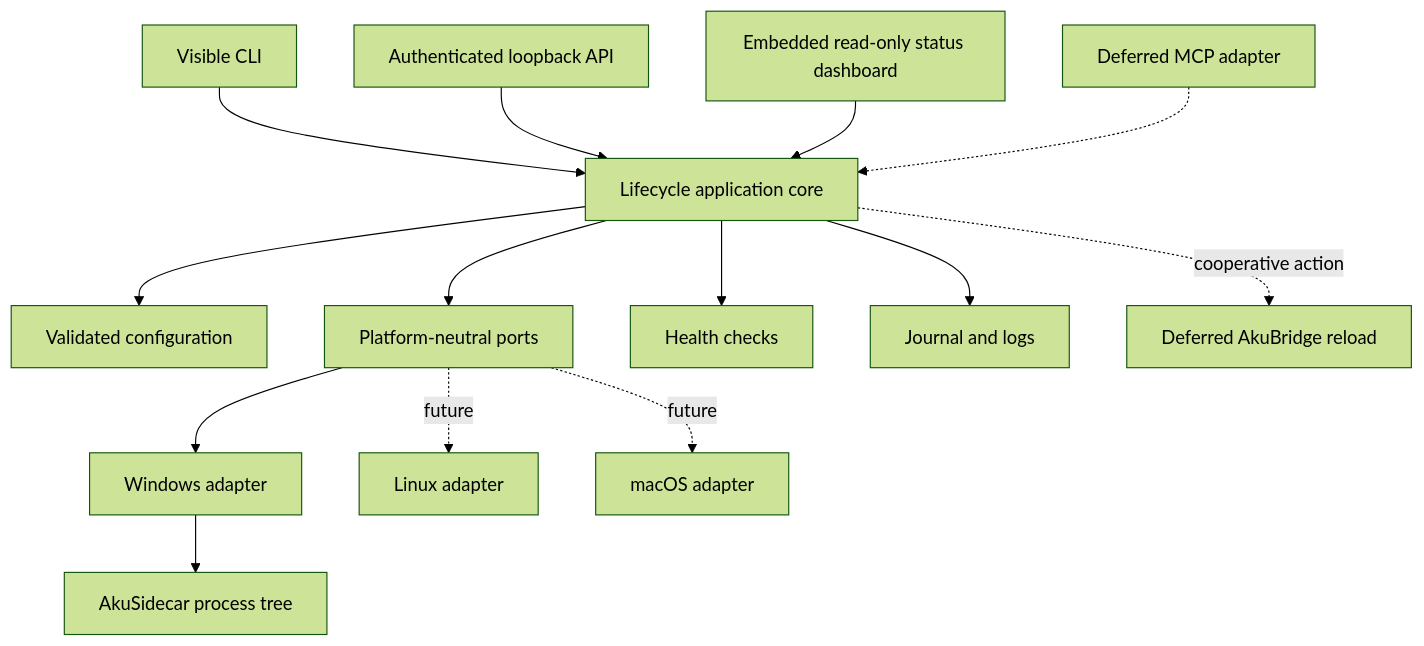
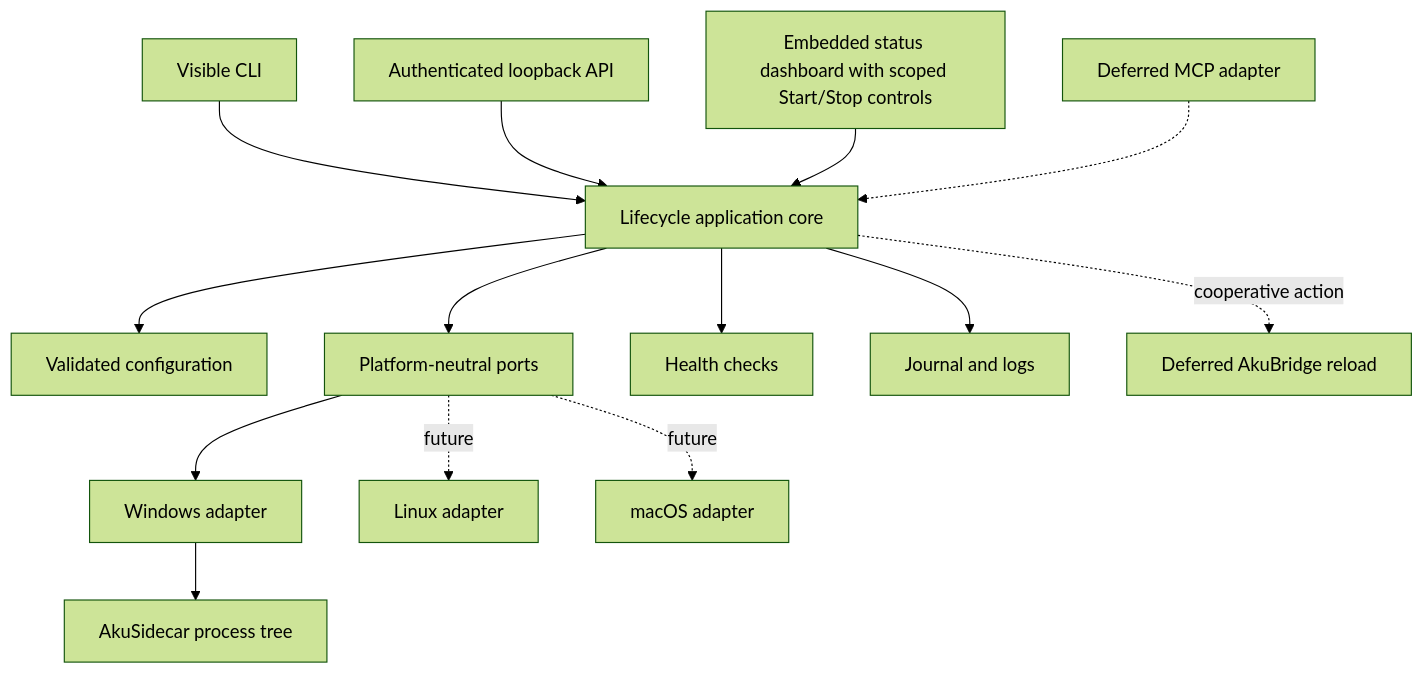
The diagram in docs/implementation-roadmap.md (abangkis/AkuSupervisor), drawn with Mermaid (forest theme) before and after one commit. The commit also changed 9 other files, not shown here.

Commit message:
feat: add English dashboard with scoped Start and Stop controls

````diff
--- a/docs/implementation-roadmap.md
+++ b/docs/implementation-roadmap.md
@@ -43,16 +43,16 @@
 ```mermaid
 flowchart TB
     CLI["Visible CLI"] --> APP["Lifecycle application core"]
     API["Authenticated loopback API"] --> APP
-    UI["Embedded read-only status dashboard"] --> APP
+    UI["Embedded status dashboard with scoped Start/Stop controls"] --> APP
     MCP["Deferred MCP adapter"] -.-> APP
     APP --> CFG["Validated configuration"]
     APP --> PORTS["Platform-neutral ports"]
     PORTS --> WIN["Windows adapter"]
     PORTS -. future .-> LINUX["Linux adapter"]
     PORTS -. future .-> MAC["macOS adapter"]
     APP --> HEALTH["Health checks"]
     APP --> JOURNAL["Journal and logs"]
     WIN --> SIDE["AkuSidecar process tree"]
     APP -. cooperative action .-> BRIDGE["Deferred AkuBridge reload"]
 ```
````
